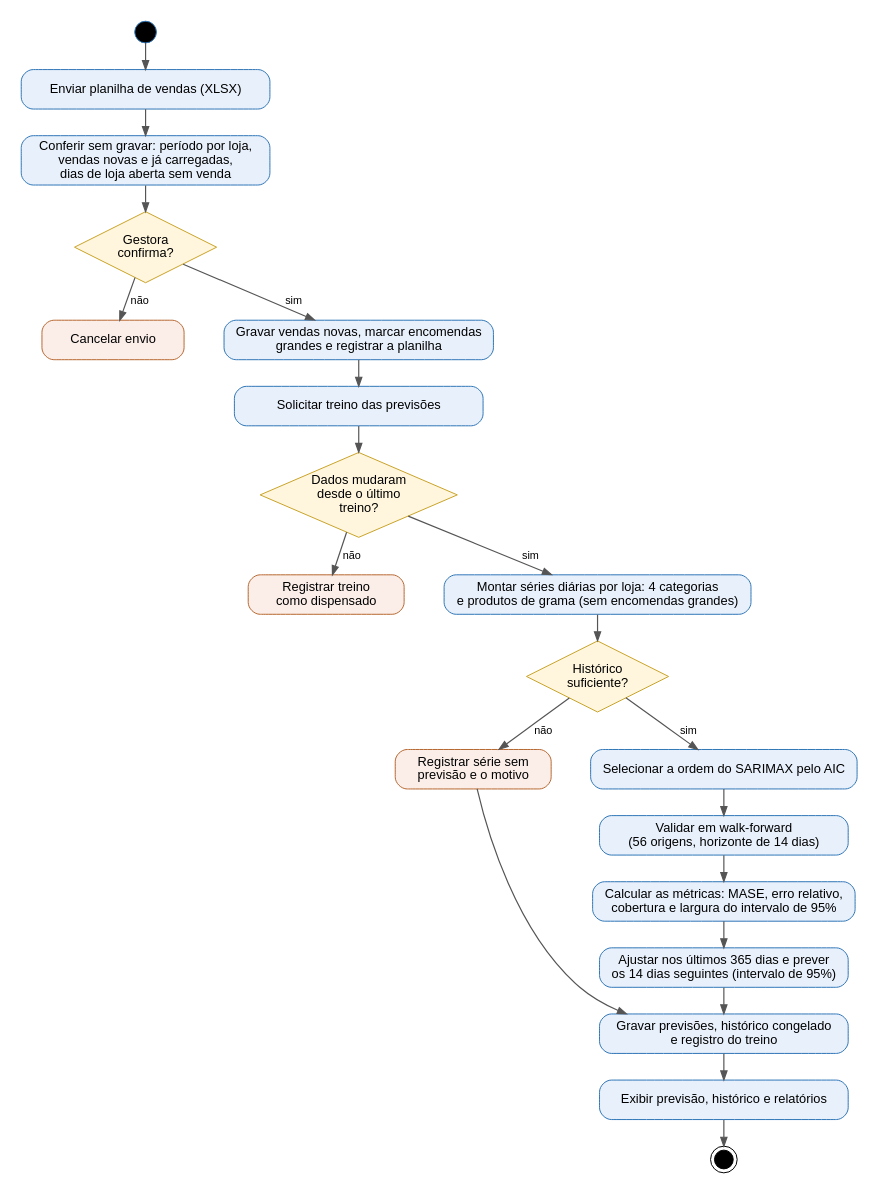
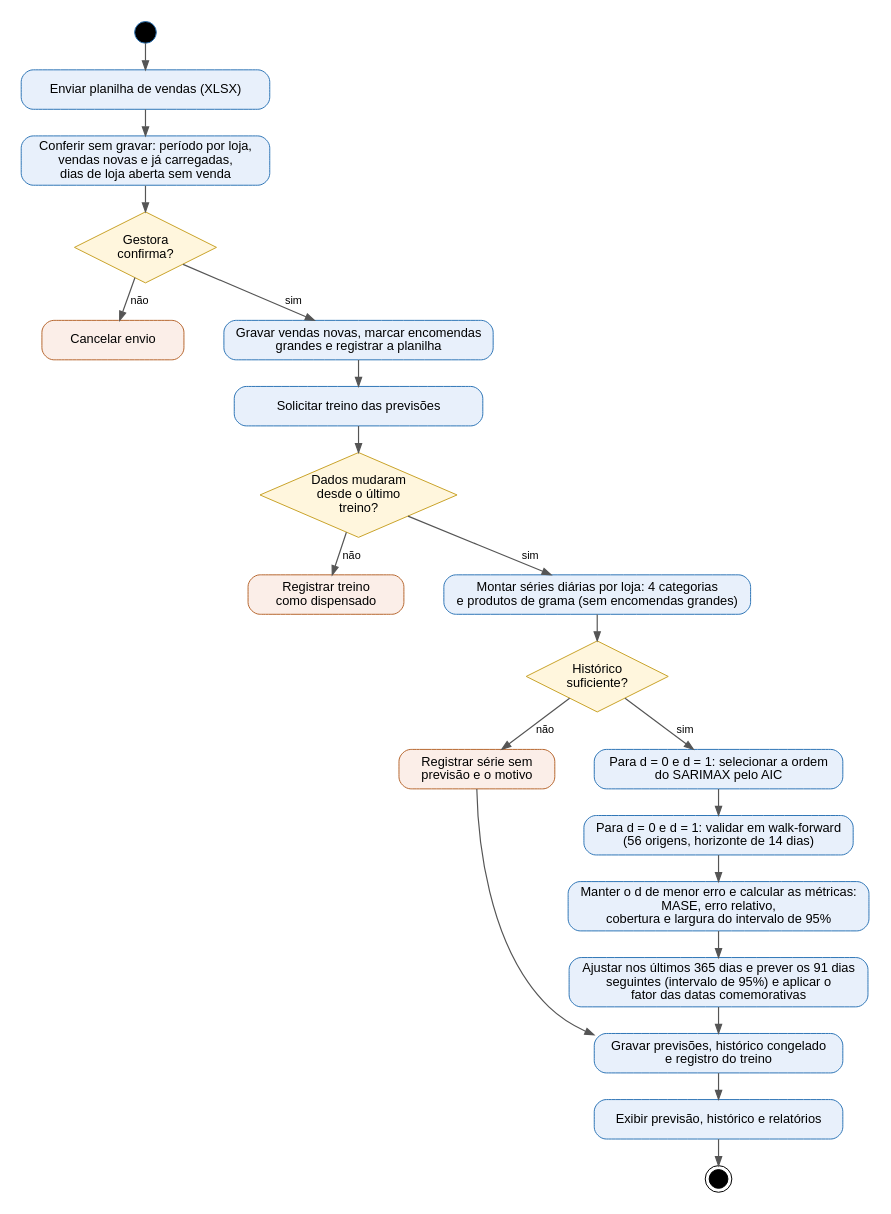
Before and after one commit to FelipeGA02/TCC---Inventory-Forecasting: the diagram in .claude/skills/artigo-tcc/diagramas/fig2_atividades.dot, drawn with Graphviz. The commit also changed 6 other files, not shown here.

```diff
--- a/.claude/skills/artigo-tcc/diagramas/fig2_atividades.dot
+++ b/.claude/skills/artigo-tcc/diagramas/fig2_atividades.dot
@@ -1,40 +1,42 @@
 digraph ACT {
   rankdir=TB; nodesep=0.55; ranksep=0.36; pad=0.2;
   node [fontname="Arial", fontsize=13, shape=box, style="rounded,filled", fillcolor="#e8f0fb", color="#2e75b6", width=3.5, height=0.55];
   edge [color="#555555", arrowsize=0.9, penwidth=1.2, fontname="Arial", fontsize=11];
   ini [shape=circle, label="", width=0.3, height=0.3, fixedsize=true, style=filled, fillcolor="#000000", color="#2e75b6"];
   env [label="Enviar planilha de vendas (XLSX)"];
   cnf [label="Conferir sem gravar: período por loja,\nvendas novas e já carregadas,\ndias de loja aberta sem venda"];
   ok  [shape=diamond, label="Gestora\nconfirma?", style=filled, fillcolor="#fff6dd", color="#c9a227", width=2.0, height=1.0];
   cnc [label="Cancelar envio", fillcolor="#fbeee8", color="#b6662e", width=2.0];
   grv [label="Gravar vendas novas, marcar encomendas\ngrandes e registrar a planilha"];
   trn [label="Solicitar treino das previsões"];
   mud [shape=diamond, label="Dados mudaram\ndesde o último\ntreino?", style=filled, fillcolor="#fff6dd", color="#c9a227", width=2.2, height=1.2];
   skp [label="Registrar treino\ncomo dispensado", fillcolor="#fbeee8", color="#b6662e", width=2.2];
   ser [label="Montar séries diárias por loja: 4 categorias\ne produtos de grama (sem encomendas grandes)"];
   suf [shape=diamond, label="Histórico\nsuficiente?", style=filled, fillcolor="#fff6dd", color="#c9a227", width=2.0, height=1.0];
   ins [label="Registrar série sem\nprevisão e o motivo", fillcolor="#fbeee8", color="#b6662e", width=2.2];
-  aic [label="Selecionar a ordem do SARIMAX pelo AIC"];
-  wf  [label="Validar em walk-forward\n(56 origens, horizonte de 14 dias)"];
-  met [label="Calcular as métricas: MASE, erro relativo,
+  aic [label="Para d = 0 e d = 1: selecionar a ordem
+do SARIMAX pelo AIC"];
+  wf  [label="Para d = 0 e d = 1: validar em walk-forward\n(56 origens, horizonte de 14 dias)"];
+  met [label="Manter o d de menor erro e calcular as métricas:
+MASE, erro relativo,
 cobertura e largura do intervalo de 95%"];
-  fin [label="Ajustar nos últimos 365 dias e prever\nos 14 dias seguintes (intervalo de 95%)"];
+  fin [label="Ajustar nos últimos 365 dias e prever os 91 dias\nseguintes (intervalo de 95%) e aplicar o\nfator das datas comemorativas"];
   gh  [label="Gravar previsões, histórico congelado\ne registro do treino"];
   tel [label="Exibir previsão, histórico e relatórios"];
   fim [shape=doublecircle, label="", width=0.26, height=0.26, fixedsize=true, style=filled, fillcolor="#000000", color="#000000"];
   ini -> env -> cnf -> ok;
   ok -> grv [label=" sim"];
   ok -> cnc [label=" não"];
   grv -> trn -> mud;
   mud -> ser [label=" sim"];
   mud -> skp [label=" não"];
   ser -> suf;
   suf -> aic [label=" sim"];
   suf -> ins [label=" não"];
   aic -> wf -> met -> fin;
   fin -> gh; ins -> gh [constraint=false];
   gh -> tel -> fim;
   {rank=same; grv; cnc;}
   {rank=same; ser; skp;}
   {rank=same; aic; ins;}
 }
```
